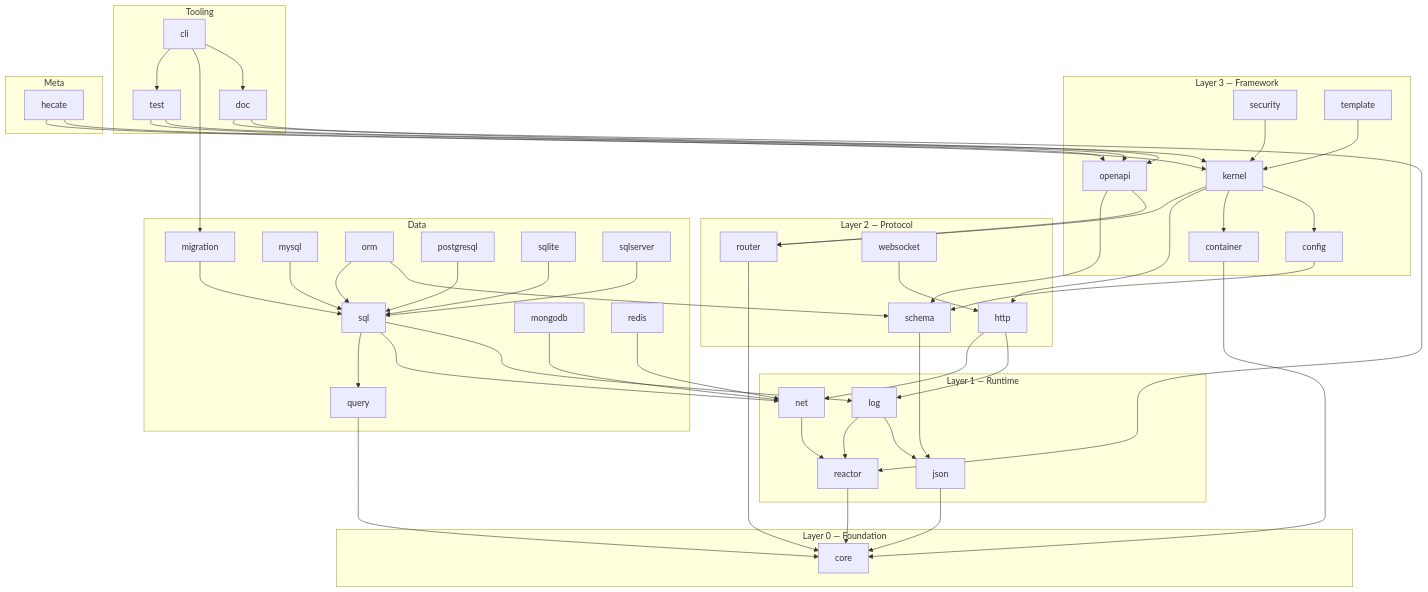
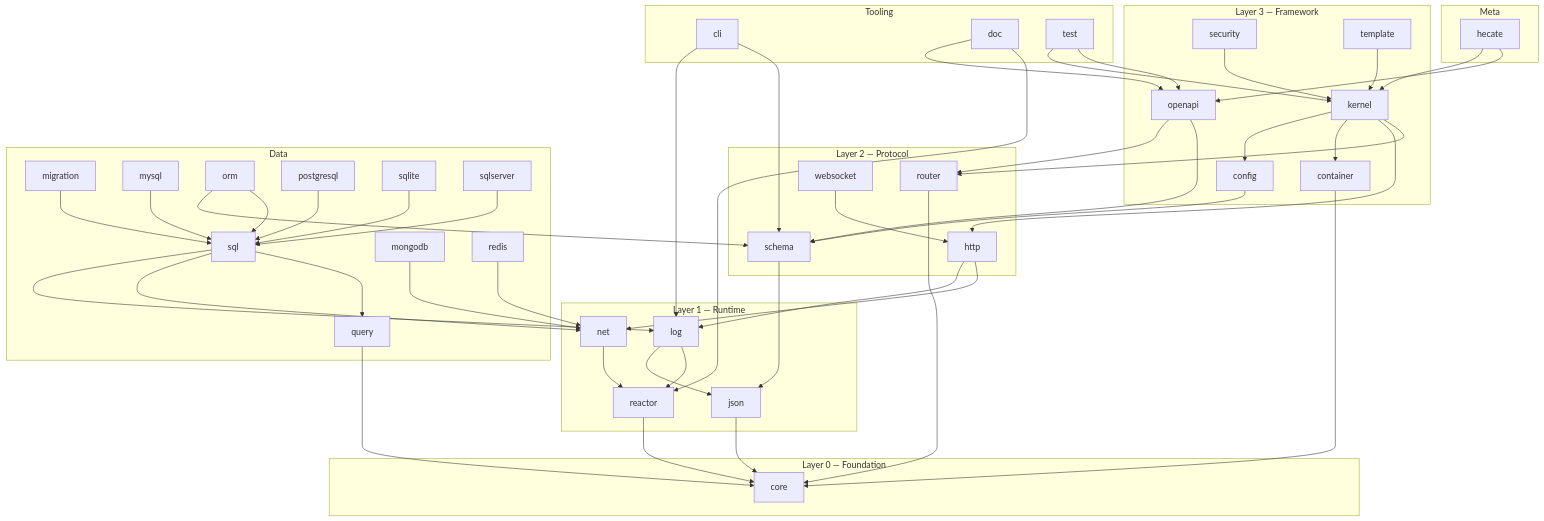
Before and after one commit to hecate-framework/hecate: the first of 2 diagrams in docs/architecture/overview.md, drawn with Mermaid. The commit also changed 4 other files, not shown here.

First line of the commit message:
docs(cli): the CLI depends on core, reactor, log, json and schema only

````diff
--- a/docs/architecture/overview.md
+++ b/docs/architecture/overview.md
@@ -10,60 +10,59 @@
 ```mermaid
 flowchart TB
   subgraph L0[Layer 0 — Foundation]
     core
   end
   subgraph L1[Layer 1 — Runtime]
     json --> core
     log --> json
     log --> reactor
     net --> reactor
     reactor --> core
   end
   subgraph L2[Layer 2 — Protocol]
     http --> log
     http --> net
     router --> core
     schema --> json
     websocket --> http
   end
   subgraph L3[Layer 3 — Framework]
     config --> schema
     container --> core
     kernel --> config
     kernel --> container
     kernel --> http
     kernel --> router
     openapi --> router
     openapi --> schema
     security --> kernel
     template --> kernel
   end
   subgraph D[Data]
     migration --> sql
     mongodb --> net
     mysql --> sql
     orm --> schema
     orm --> sql
     postgresql --> sql
     query --> core
     redis --> net
     sql --> log
     sql --> net
     sql --> query
     sqlite --> sql
     sqlserver --> sql
   end
   subgraph T[Tooling]
-    cli --> doc
-    cli --> migration
-    cli --> test
+    cli --> log
+    cli --> schema
     doc --> openapi
     doc --> reactor
     test --> kernel
     test --> openapi
   end
   subgraph M[Meta]
     hecate --> kernel
     hecate --> openapi
   end
 ```
````
